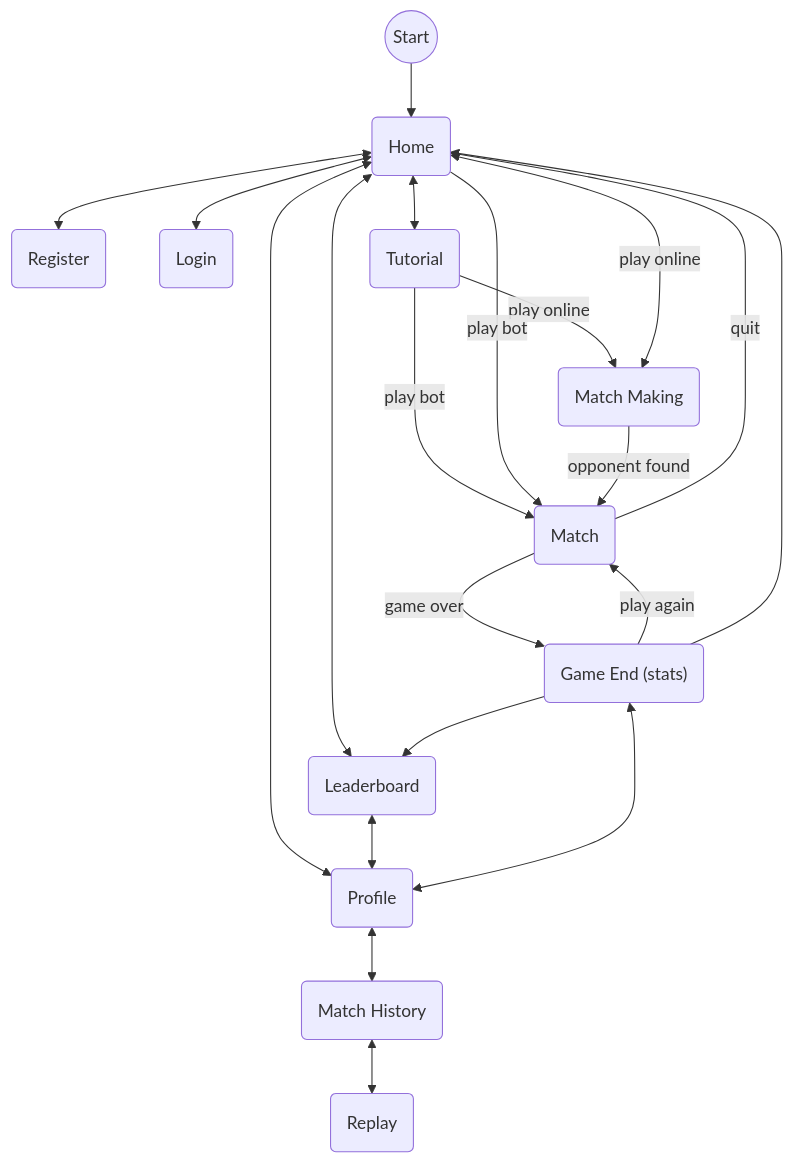
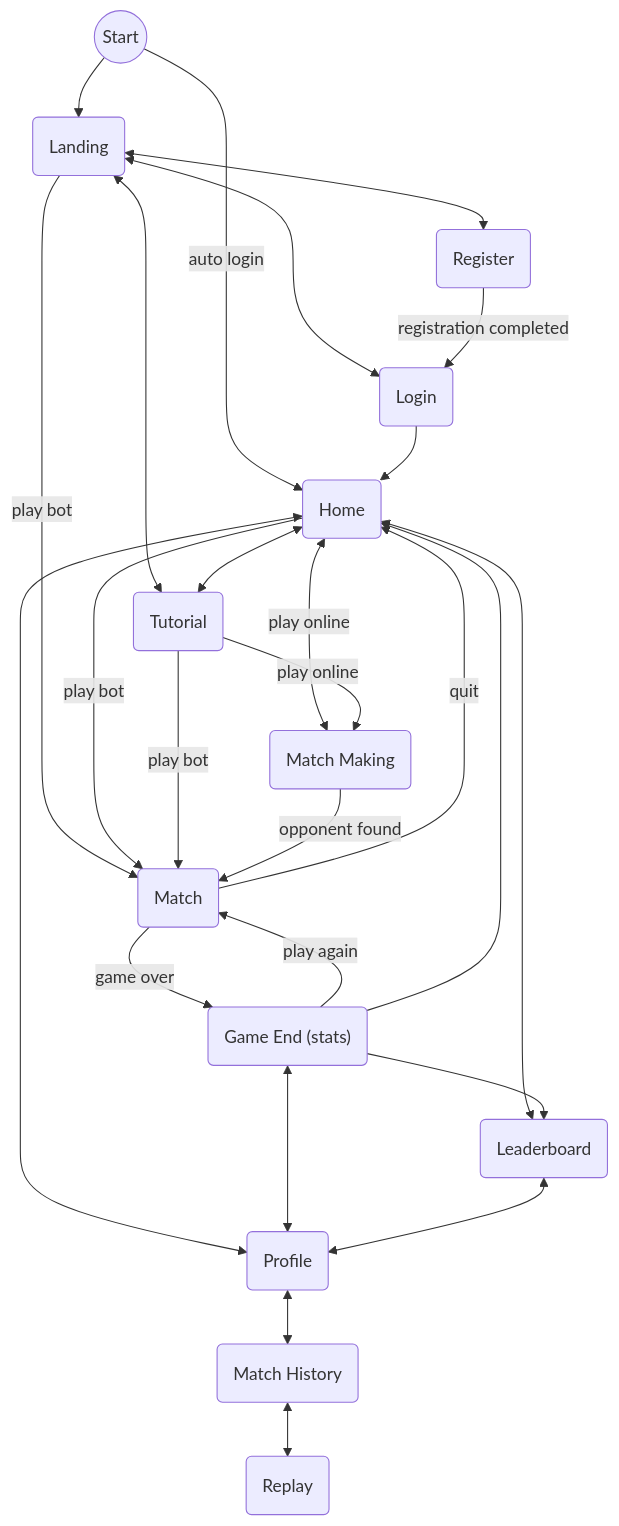
The diagram in docs/uml/pages-flow.md (AndreaB2000/ASW-project), drawn with Mermaid before and after one commit.

Commit message:
docs(uml): update pages flow

````diff
--- a/docs/uml/pages-flow.md
+++ b/docs/uml/pages-flow.md
@@ -3,23 +3,28 @@
 ```mermaid
 flowchart TD
-    A@{ shape: circle, label: "Start" } --> Home(Home)
-    Home <--> Register(Register)
-    Home <--> Login(Login)
+    A@{ shape: circle, label: "Start" } -->|auto login| Home(Home)
+    A@{ shape: circle, label: "Start" } --> Landing(Landing)
+    Landing <--> Login(Login)
+    Landing <--> Register(Register)
+    Landing <--> Tutorial(Tutorial)
+    Landing -->|play bot| Match
+    Register -->|registration completed| Login
+    Login --> Home
     Home <--> Tutorial(Tutorial)
-    Tutorial -->|play online| MatchMaking
-    Tutorial -->|play bot| Match
     Home <-->|play online| MatchMaking(Match Making)
     Home <--> Leaderboard(Leaderboard)
     Home -->|play bot| Match
+    Home <--> Profile(Profile)
+    Tutorial -->|play online| MatchMaking
+    Tutorial -->|play bot| Match
     MatchMaking -->|opponent found| Match(Match)
     Match -->|quit| Home
     Match -->|game over| GameEnd("Game End (stats)")
     GameEnd -->|play again| Match
     GameEnd --> Home
     GameEnd --> Leaderboard
-    Home <--> Profile(Profile)
+    GameEnd <--> Profile
     Leaderboard <--> Profile
-    GameEnd <--> Profile
     Profile <--> MatchHistory(Match History)
     MatchHistory <--> Replay(Replay)
 ```
````
